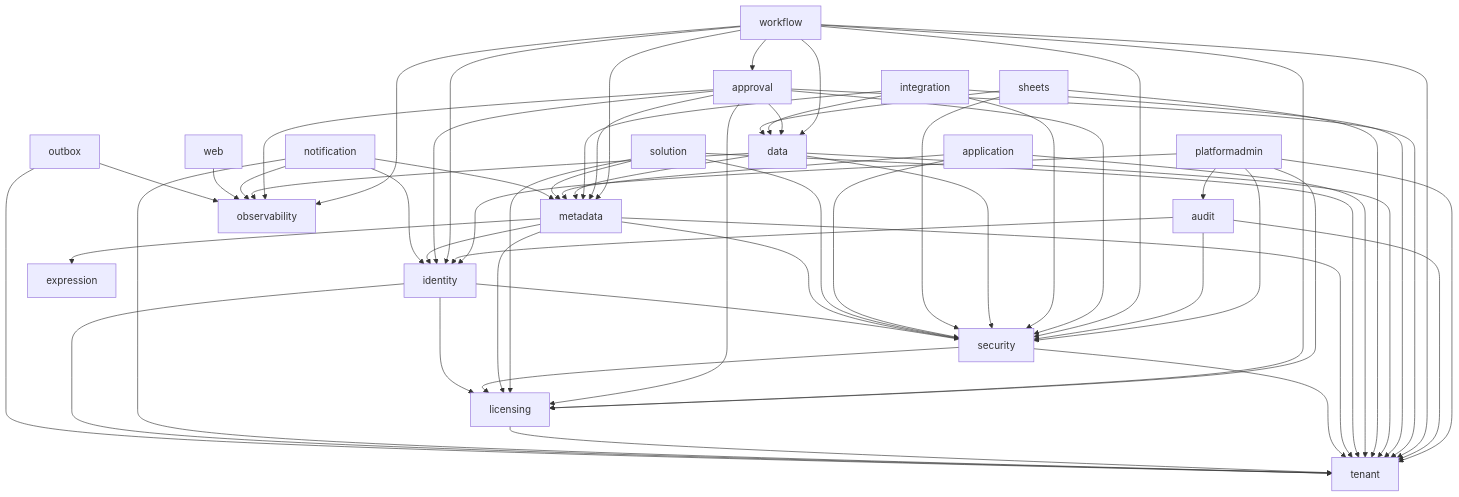
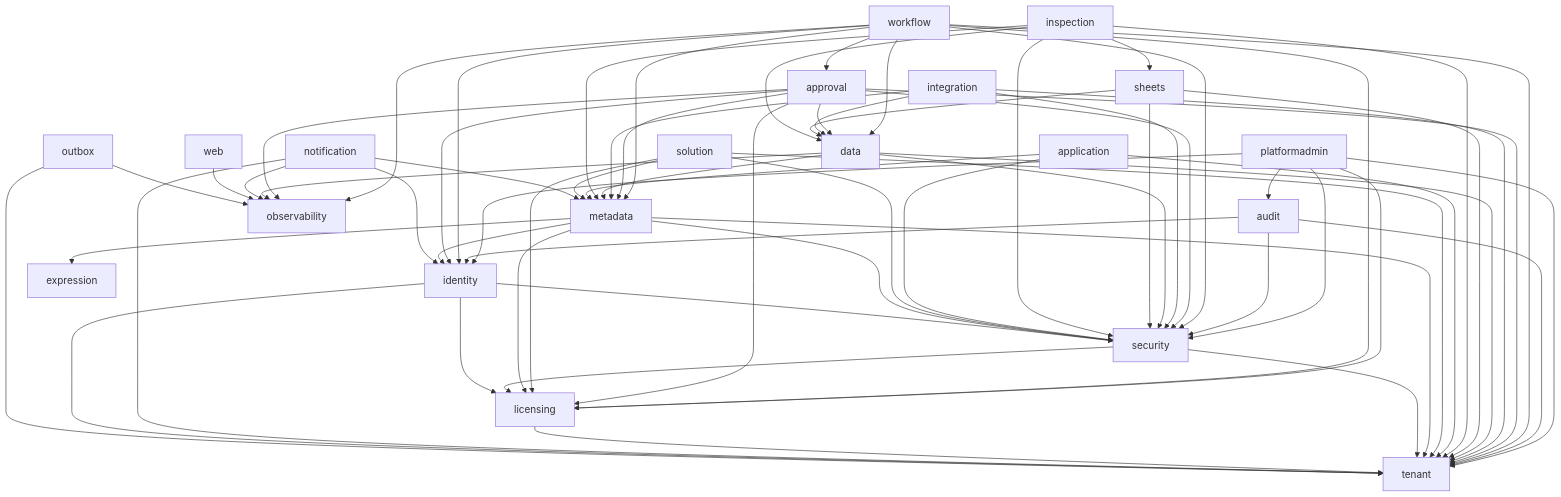
One commit to JKCloudbridge/SaaSJAVA changed the diagram in docs/modules.md. Above: the diagram before and after it, drawn with Mermaid. The commit also changed other lines of this file and 119 other files, not shown here.

````diff
--- a/docs/modules.md
+++ b/docs/modules.md
@@ -33,19 +35,20 @@
 ```mermaid
 graph TD
   platformadmin --> licensing & identity & security & audit & tenant
   audit --> identity & security & tenant
   workflow --> data & metadata & security & identity & licensing & observability & tenant & approval
   approval --> data & metadata & security & identity & licensing & tenant & observability
   integration --> data & metadata & security & tenant
   data --> metadata & security & tenant & observability
   sheets --> data & security & tenant
+  inspection --> sheets & data & metadata & security & tenant
   application --> metadata & security & tenant
   solution --> metadata & security & licensing & tenant
   metadata --> security & identity & tenant & expression & licensing
   security --> licensing & tenant
   licensing --> tenant
   notification --> identity & tenant & observability & metadata
   identity --> tenant & licensing & security
   web --> observability
   outbox --> tenant & observability
 ```
````
